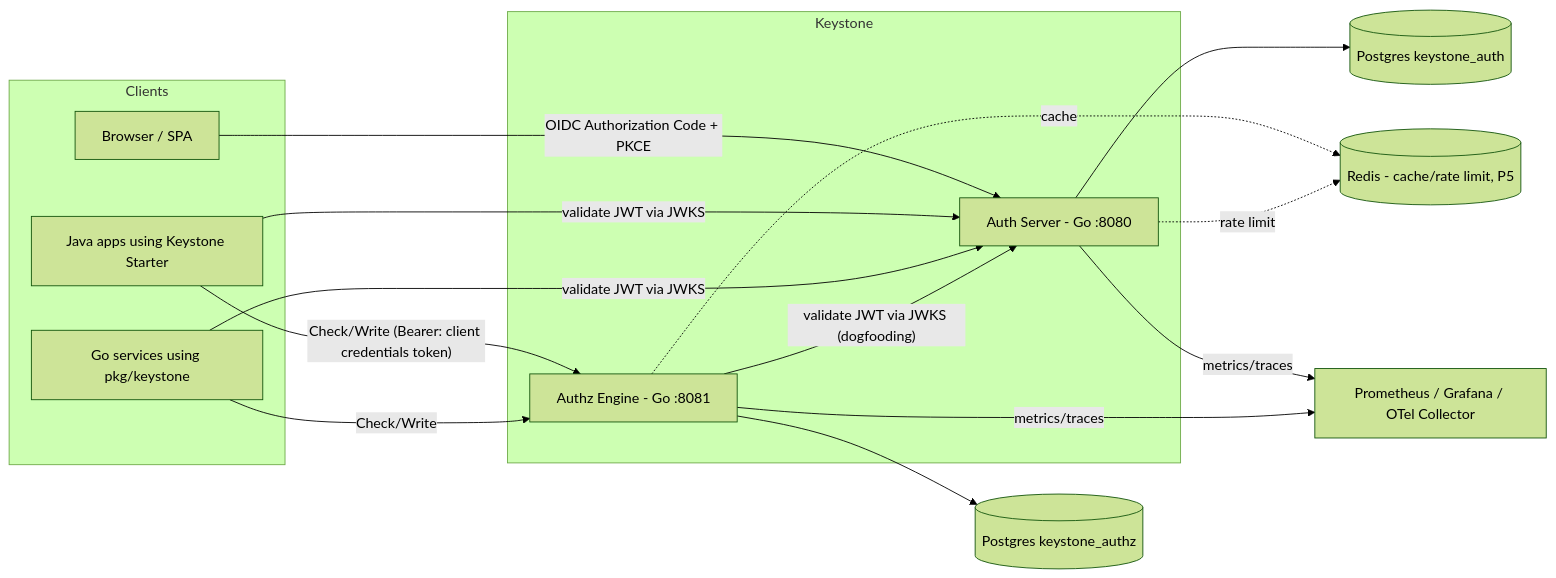
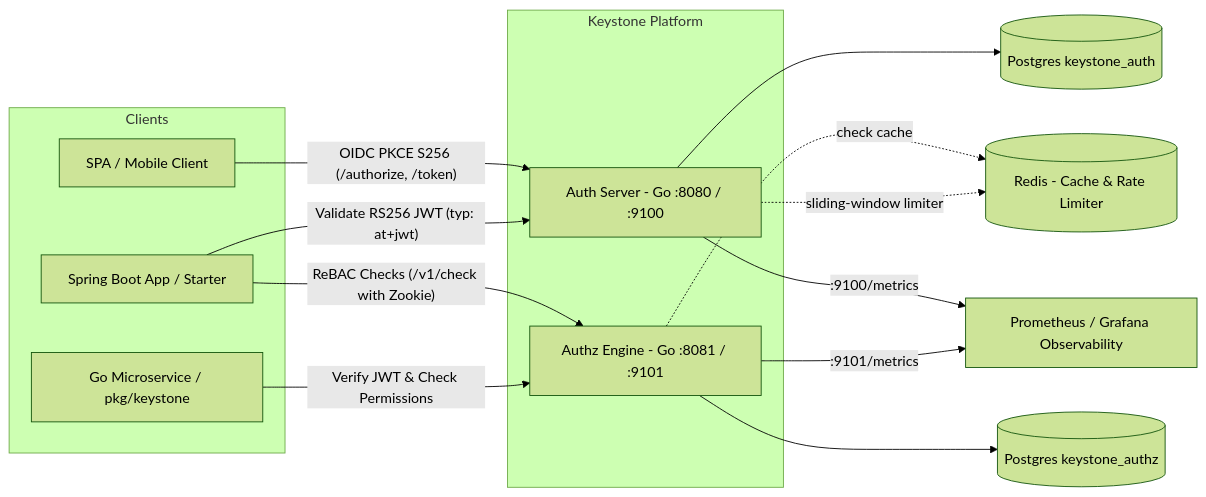
One commit to raviteja-core/Keystone changed the diagram in README.md. Above: the diagram before and after it, drawn with Mermaid (forest theme). The commit also changed other lines of this file, not shown here.

Commit message:
docs: enrich README with complete architecture, SDK snippets, walkthroughs, benchmarks, and layout

````diff
--- a/README.md
+++ b/README.md
@@ -21,31 +25,29 @@
 ```mermaid
 flowchart LR
     subgraph Clients
-      B[Browser / SPA]
-      J[Java apps using Keystone Starter]
-      G[Go services using pkg/keystone]
+      B[SPA / Mobile Client]
+      J[Spring Boot App / Starter]
+      G[Go Microservice / pkg/keystone]
     end
 
-    subgraph Keystone
-      A[Auth Server - Go :8080]
-      Z[Authz Engine - Go :8081]
+    subgraph Keystone Platform
+      A[Auth Server - Go :8080 / :9100]
+      Z[Authz Engine - Go :8081 / :9101]
     end
 
     PGA[(Postgres keystone_auth)]
     PGZ[(Postgres keystone_authz)]
-    R[(Redis - cache/rate limit, P5)]
-    O[Prometheus / Grafana / OTel Collector]
+    R[(Redis - Cache & Rate Limiter)]
+    O[Prometheus / Grafana Observability]
 
-    B -- "OIDC Authorization Code + PKCE" --> A
-    J -- "validate JWT via JWKS" --> A
-    J -- "Check/Write (Bearer: client credentials token)" --> Z
-    G -- "validate JWT via JWKS" --> A
-    G -- "Check/Write" --> Z
-    Z -- "validate JWT via JWKS (dogfooding)" --> A
+    B -- "OIDC PKCE S256 (/authorize, /token)" --> A
+    J -- "Validate RS256 JWT (typ: at+jwt)" --> A
+    J -- "ReBAC Checks (/v1/check with Zookie)" --> Z
+    G -- "Verify JWT & Check Permissions" --> Z
     A --> PGA
     Z --> PGZ
-    Z -. cache .-> R
-    A -. rate limit .-> R
-    A -- metrics/traces --> O
-    Z -- metrics/traces --> O
+    Z -. check cache .-> R
+    A -. sliding-window limiter .-> R
+    A -- ":9100/metrics" --> O
+    Z -- ":9101/metrics" --> O
 ```
````
